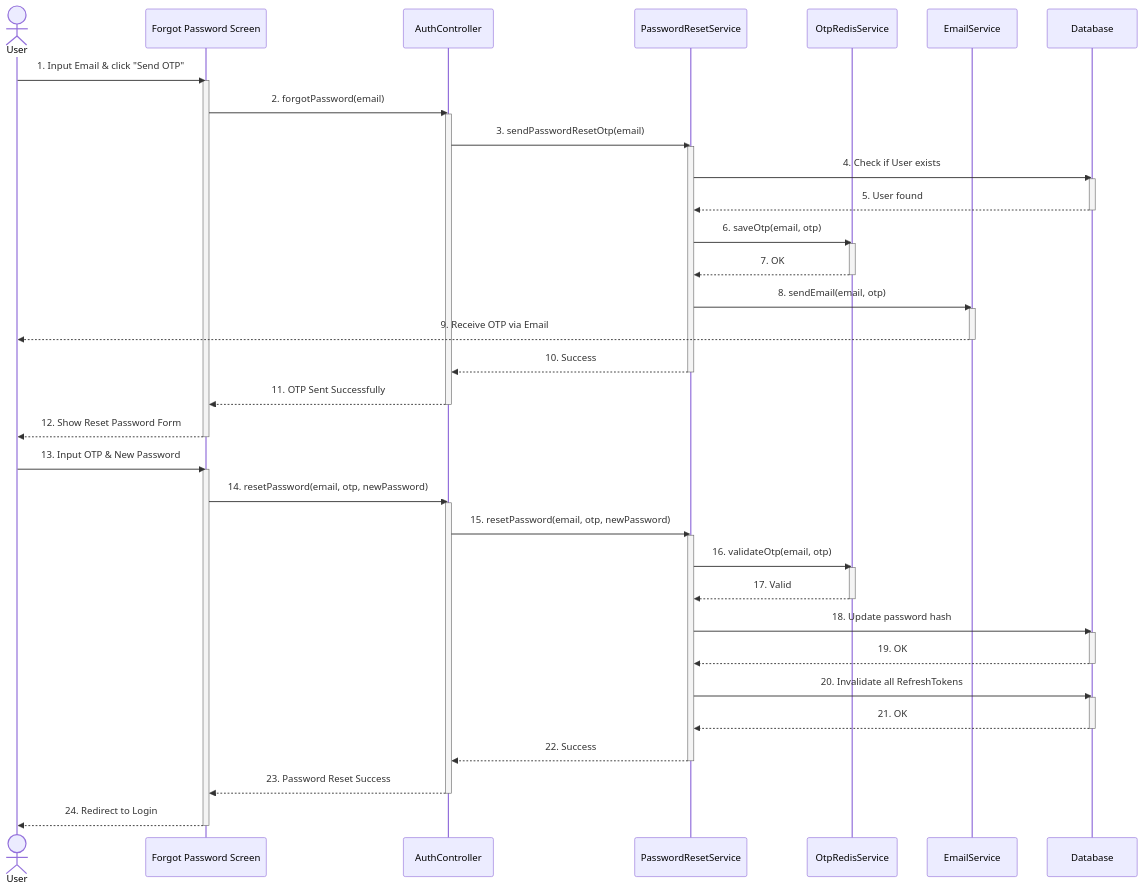
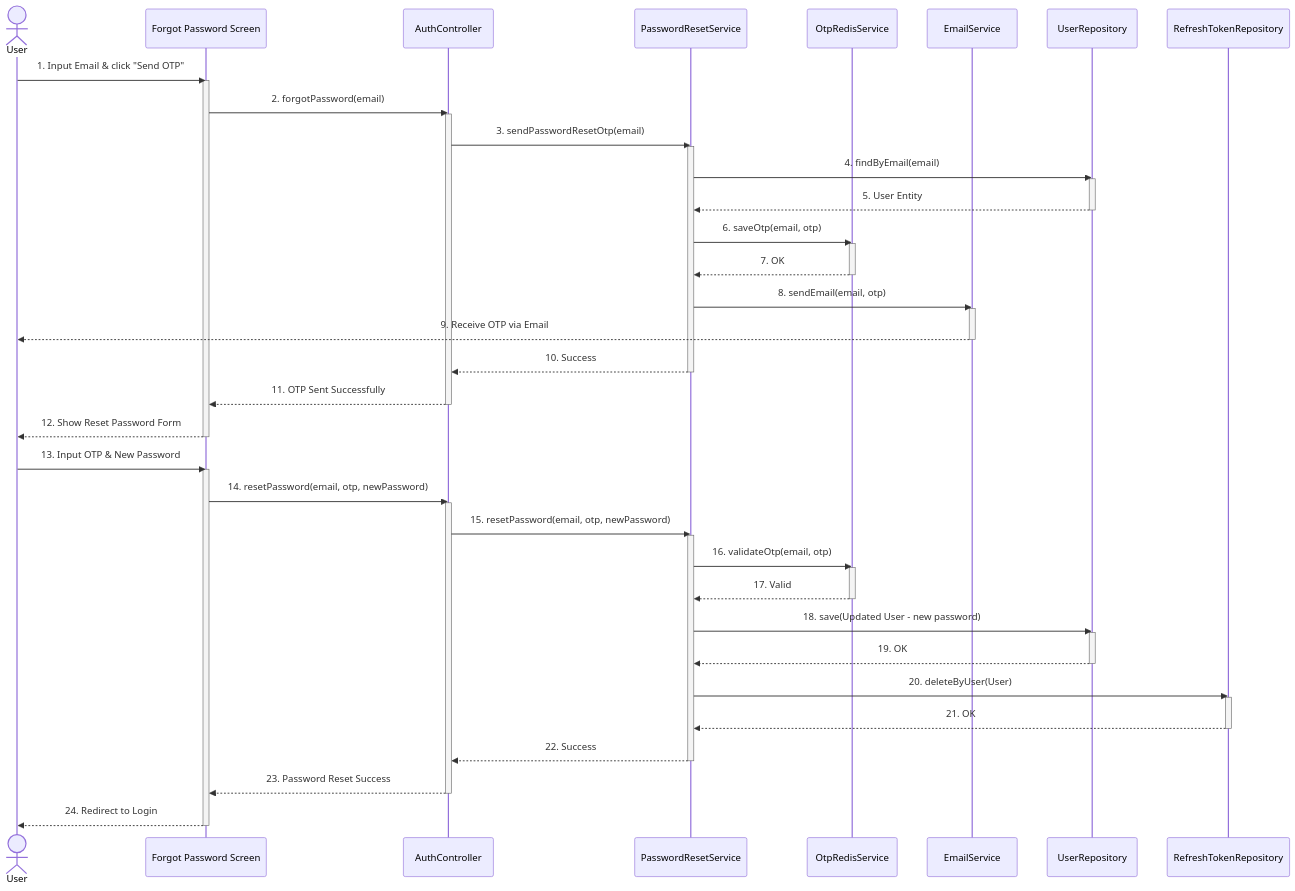
Before and after one commit to espresso23/Petties-Veterinary-Appointment-Booking-Platform: the tenth of 40 diagrams in docs-references/documentation/SDD/REPORT_4_SDD_SYSTEM_DESIGN.md, drawn with Mermaid. The commit also changed other lines of this file and 132 other files, not shown here.

````diff
--- a/docs-references/documentation/SDD/REPORT_4_SDD_SYSTEM_DESIGN.md
+++ b/docs-references/documentation/SDD/REPORT_4_SDD_SYSTEM_DESIGN.md
@@ -996,60 +1050,61 @@
 ```mermaid
 sequenceDiagram
     actor User as User
     participant UI as Forgot Password Screen
     participant AC as AuthController
     participant PS as PasswordResetService
     participant ORS as OtpRedisService
     participant ES as EmailService
-    participant DB as Database
+    participant UR as UserRepository
+    participant RTR as RefreshTokenRepository
 
     User->>UI: 1. Input Email & click "Send OTP"
     activate UI
     UI->>AC: 2. forgotPassword(email)
     activate AC
     AC->>PS: 3. sendPasswordResetOtp(email)
     activate PS
-    PS->>DB: 4. Check if User exists
-    activate DB
-    DB-->>PS: 5. User found
-    deactivate DB
+    PS->>UR: 4. findByEmail(email)
+    activate UR
+    UR-->>PS: 5. User Entity
+    deactivate UR
     PS->>ORS: 6. saveOtp(email, otp)
     activate ORS
     ORS-->>PS: 7. OK
     deactivate ORS
     PS->>ES: 8. sendEmail(email, otp)
     activate ES
     ES-->>User: 9. Receive OTP via Email
     deactivate ES
     PS-->>AC: 10. Success
     deactivate PS
     AC-->>UI: 11. OTP Sent Successfully
     deactivate AC
     UI-->>User: 12. Show Reset Password Form
     deactivate UI
 
     User->>UI: 13. Input OTP & New Password
     activate UI
     UI->>AC: 14. resetPassword(email, otp, newPassword)
     activate AC
     AC->>PS: 15. resetPassword(email, otp, newPassword)
     activate PS
     PS->>ORS: 16. validateOtp(email, otp)
     activate ORS
     ORS-->>PS: 17. Valid
     deactivate ORS
-    PS->>DB: 18. Update password hash
-    activate DB
-    DB-->>PS: 19. OK
-    deactivate DB
-    PS->>DB: 20. Invalidate all RefreshTokens
-    activate DB
-    DB-->>PS: 21. OK
-    deactivate DB
+    PS->>UR: 18. save(Updated User - new password)
+    activate UR
+    UR-->>PS: 19. OK
+    deactivate UR
+    PS->>RTR: 20. deleteByUser(User)
+    activate RTR
+    RTR-->>PS: 21. OK
+    deactivate RTR
     PS-->>AC: 22. Success
     deactivate PS
     AC-->>UI: 23. Password Reset Success
     deactivate AC
     UI-->>User: 24. Redirect to Login
     deactivate UI
 ```
````
